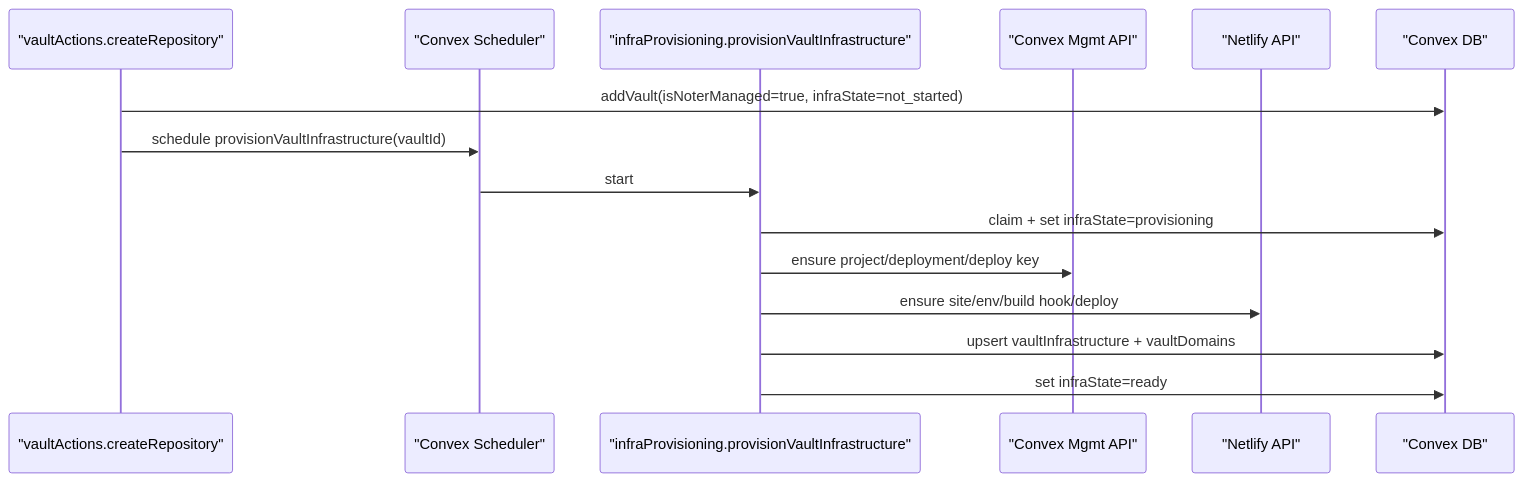
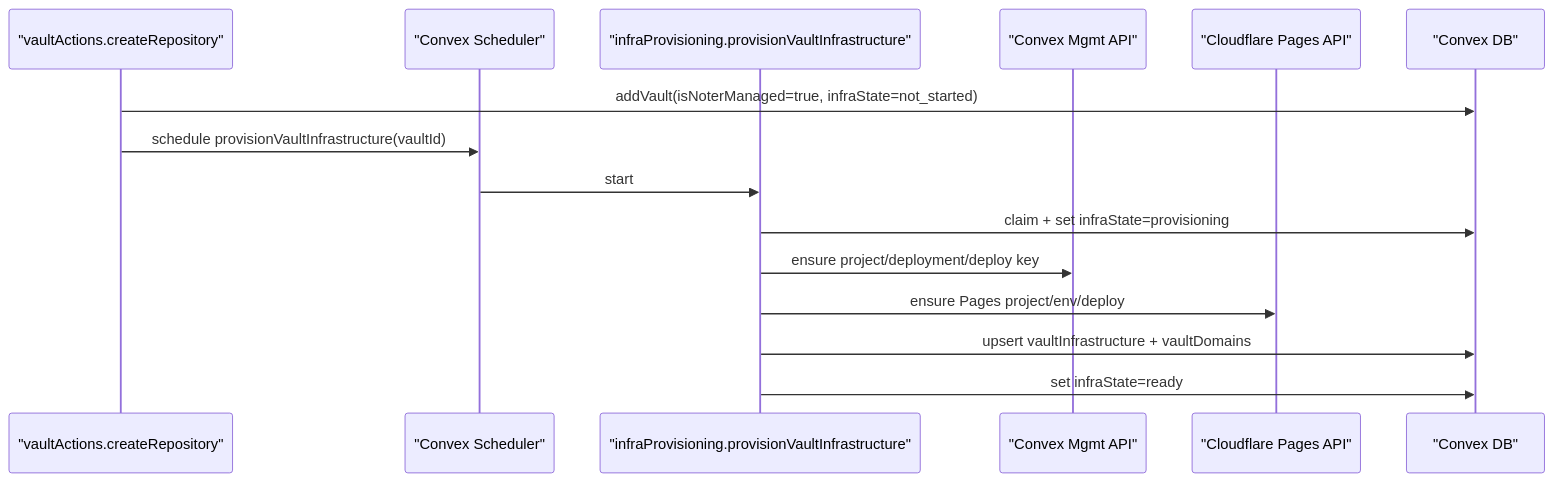
One commit to samebase/samebase changed the diagram in specs/003_VAULT_INFRA_PROVISIONING_SPEC.md. Above: the diagram before and after it, drawn with Mermaid. The commit also changed other lines of this file and 53 other files, not shown here.

````diff
--- a/specs/003_VAULT_INFRA_PROVISIONING_SPEC.md
+++ b/specs/003_VAULT_INFRA_PROVISIONING_SPEC.md
@@ -121,18 +119,18 @@
 ```mermaid
 sequenceDiagram
   participant VA as "vaultActions.createRepository"
   participant SCH as "Convex Scheduler"
   participant IP as "infraProvisioning.provisionVaultInfrastructure"
   participant CVX as "Convex Mgmt API"
-  participant NFL as "Netlify API"
+  participant CFL as "Cloudflare Pages API"
   participant DB as "Convex DB"
 
   VA->>DB: addVault(isNoterManaged=true, infraState=not_started)
   VA->>SCH: schedule provisionVaultInfrastructure(vaultId)
   SCH->>IP: start
   IP->>DB: claim + set infraState=provisioning
   IP->>CVX: ensure project/deployment/deploy key
-  IP->>NFL: ensure site/env/build hook/deploy
+  IP->>CFL: ensure Pages project/env/deploy
   IP->>DB: upsert vaultInfrastructure + vaultDomains
   IP->>DB: set infraState=ready
 ```
````
